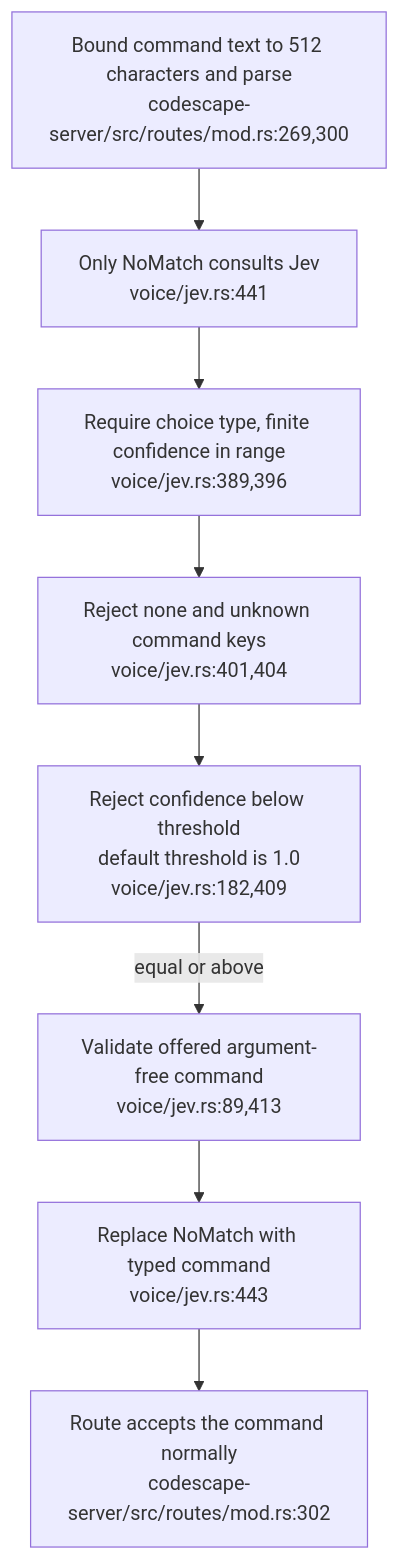
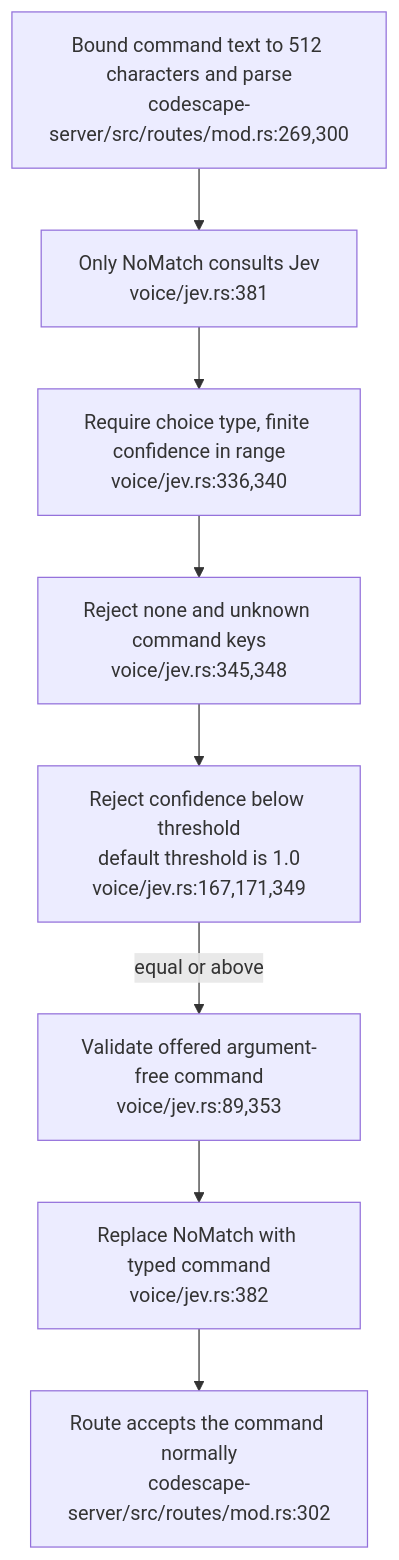
The third of 4 diagrams in docs/diagrams/visionclaw/42-codescape-command-policy-and-runtime-artefacts.md (DreamLab-AI/VisionFlow), drawn with Mermaid before and after one commit. The commit also changed other lines of this file and 56 other files, not shown here.

First line of the commit message:
docs(diagrams): re-verify VisionClaw topics at ec785afa9, add VC-19/56/57 and the VisionClaw register

````diff
--- a/docs/diagrams/visionclaw/42-codescape-command-policy-and-runtime-artefacts.md
+++ b/docs/diagrams/visionclaw/42-codescape-command-policy-and-runtime-artefacts.md
@@ -69,10 +69,10 @@
 ```mermaid
 flowchart TD
-    GR["Bound command text to 512 characters and parse<br/>codescape-server/src/routes/mod.rs:269,300"] --> MISS["Only NoMatch consults Jev<br/>voice/jev.rs:441"]
-    MISS --> SHAPE["Require choice type, finite confidence in range<br/>voice/jev.rs:389,396"]
-    SHAPE --> SET["Reject none and unknown command keys<br/>voice/jev.rs:401,404"]
-    SET --> COMP["Reject confidence below threshold<br/>default threshold is 1.0<br/>voice/jev.rs:182,409"]
-    COMP -->|equal or above| VALID["Validate offered argument-free command<br/>voice/jev.rs:89,413"]
-    VALID --> RETURN["Replace NoMatch with typed command<br/>voice/jev.rs:443"]
+    GR["Bound command text to 512 characters and parse<br/>codescape-server/src/routes/mod.rs:269,300"] --> MISS["Only NoMatch consults Jev<br/>voice/jev.rs:381"]
+    MISS --> SHAPE["Require choice type, finite confidence in range<br/>voice/jev.rs:336,340"]
+    SHAPE --> SET["Reject none and unknown command keys<br/>voice/jev.rs:345,348"]
+    SET --> COMP["Reject confidence below threshold<br/>default threshold is 1.0<br/>voice/jev.rs:167,171,349"]
+    COMP -->|equal or above| VALID["Validate offered argument-free command<br/>voice/jev.rs:89,353"]
+    VALID --> RETURN["Replace NoMatch with typed command<br/>voice/jev.rs:382"]
     RETURN --> ROUTE["Route accepts the command normally<br/>codescape-server/src/routes/mod.rs:302"]
 ```
````
